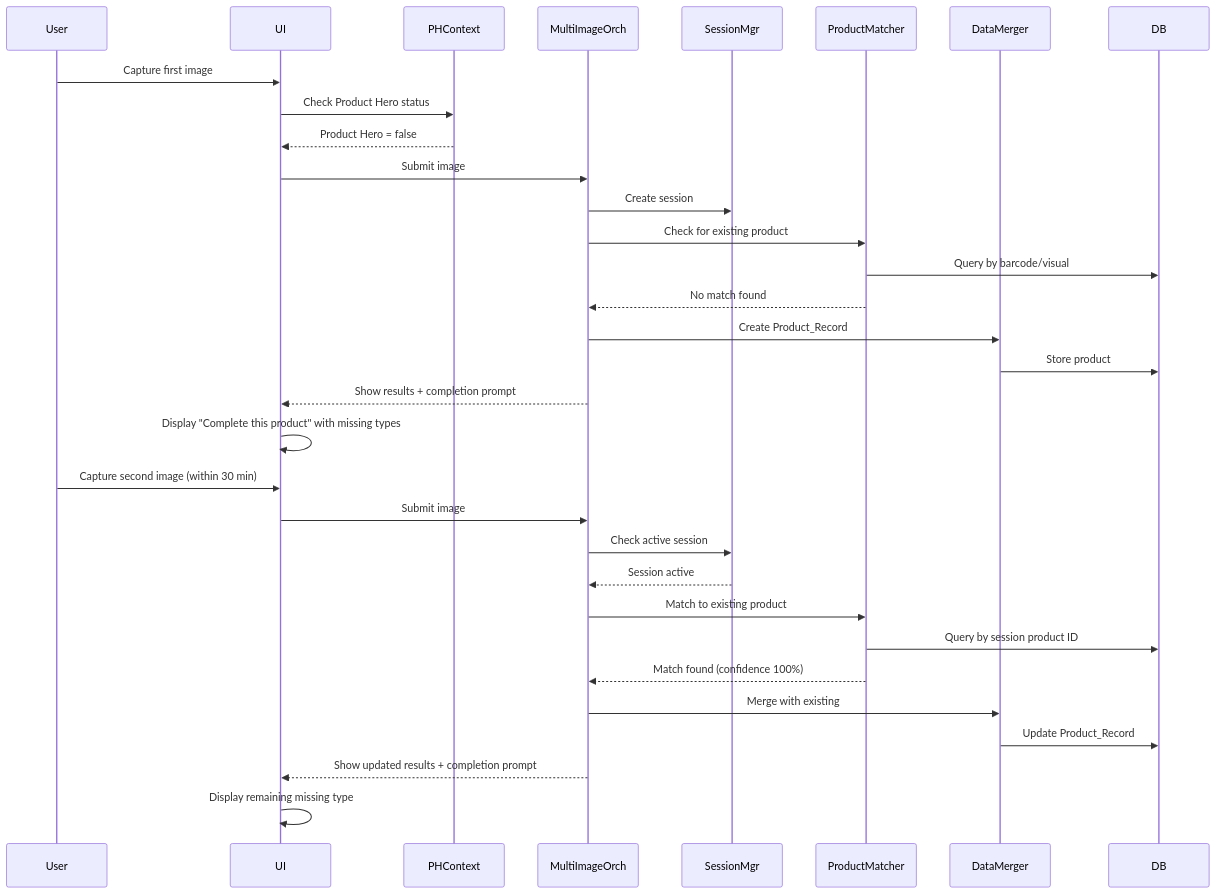
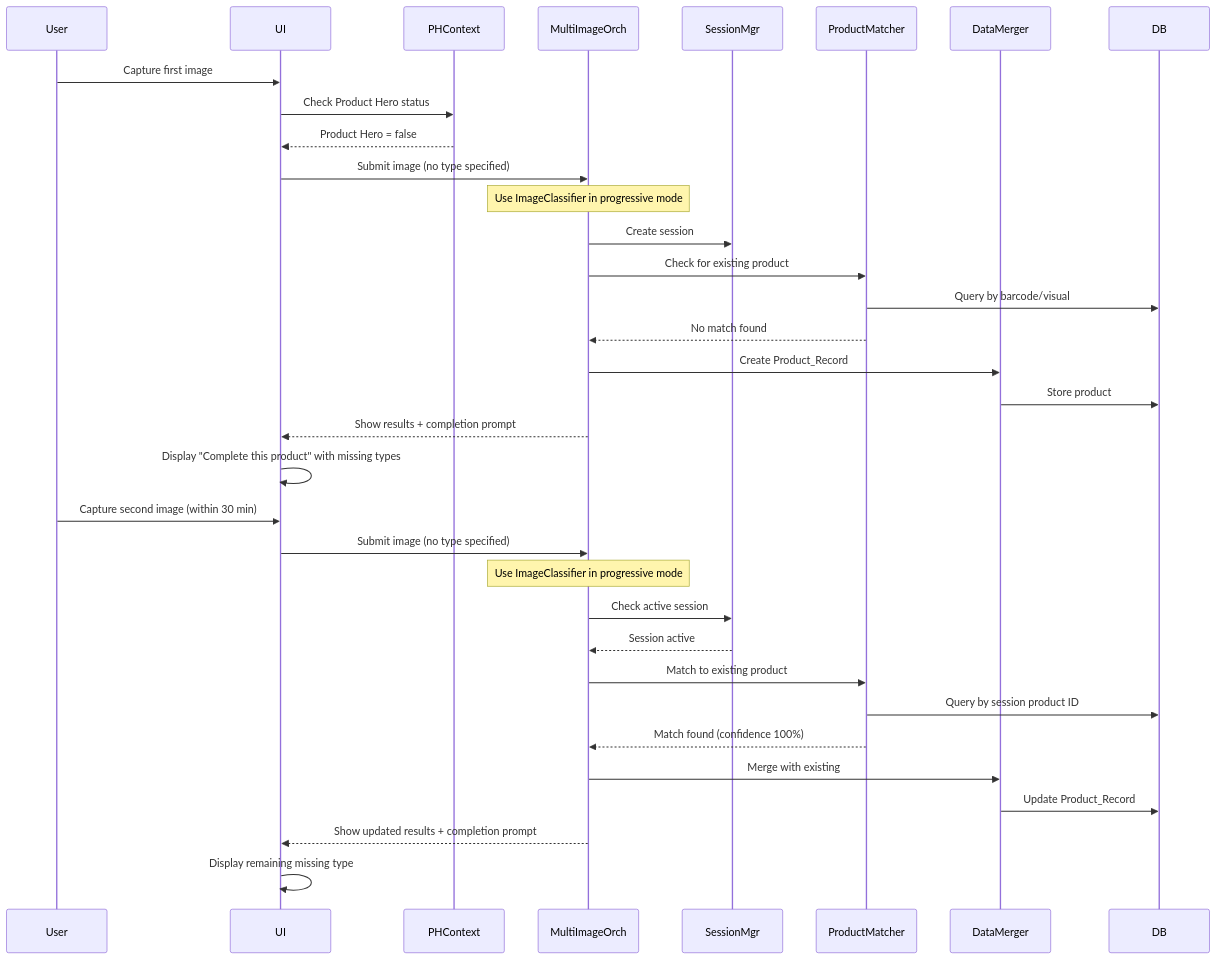
The third of 3 diagrams in .kiro/specs/multi-image-product-capture/design.md (Normal-Labs/ai-grocery-scanner-web-test), drawn with Mermaid before and after one commit. The commit also changed other lines of this file and 5 other files, not shown here.

````diff
--- a/.kiro/specs/multi-image-product-capture/design.md
+++ b/.kiro/specs/multi-image-product-capture/design.md
@@ -177,36 +175,38 @@
 ```mermaid
 sequenceDiagram
     participant User
     participant UI
     participant PHContext
     participant MultiImageOrch
     participant SessionMgr
     participant ProductMatcher
     participant DataMerger
     participant DB
     
     User->>UI: Capture first image
     UI->>PHContext: Check Product Hero status
     PHContext-->>UI: Product Hero = false
-    UI->>MultiImageOrch: Submit image
+    UI->>MultiImageOrch: Submit image (no type specified)
+    Note over MultiImageOrch: Use ImageClassifier in progressive mode
     MultiImageOrch->>SessionMgr: Create session
     MultiImageOrch->>ProductMatcher: Check for existing product
     ProductMatcher->>DB: Query by barcode/visual
     ProductMatcher-->>MultiImageOrch: No match found
     MultiImageOrch->>DataMerger: Create Product_Record
     DataMerger->>DB: Store product
     MultiImageOrch-->>UI: Show results + completion prompt
     UI->>UI: Display "Complete this product" with missing types
     
     User->>UI: Capture second image (within 30 min)
-    UI->>MultiImageOrch: Submit image
+    UI->>MultiImageOrch: Submit image (no type specified)
+    Note over MultiImageOrch: Use ImageClassifier in progressive mode
     MultiImageOrch->>SessionMgr: Check active session
     SessionMgr-->>MultiImageOrch: Session active
     MultiImageOrch->>ProductMatcher: Match to existing product
     ProductMatcher->>DB: Query by session product ID
     ProductMatcher-->>MultiImageOrch: Match found (confidence 100%)
     MultiImageOrch->>DataMerger: Merge with existing
     DataMerger->>DB: Update Product_Record
     MultiImageOrch-->>UI: Show updated results + completion prompt
     UI->>UI: Display remaining missing type
 ```
````
